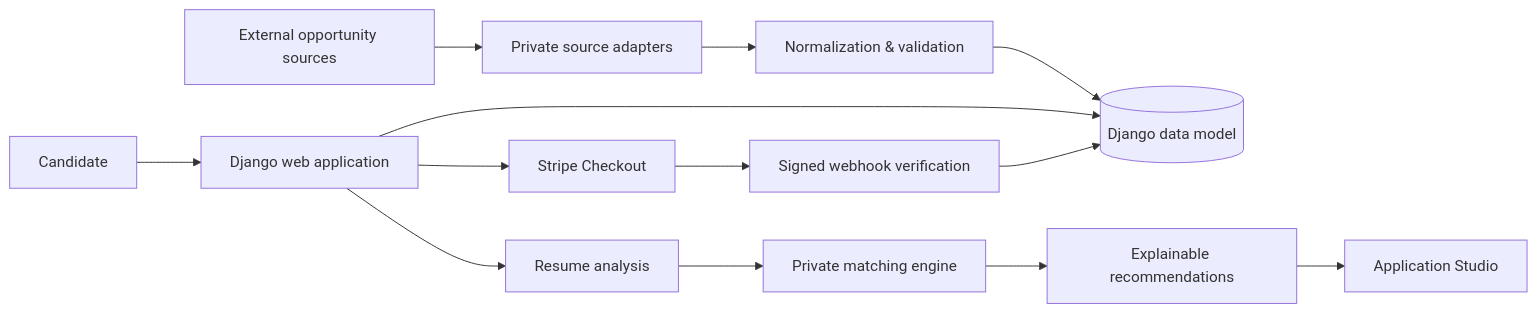
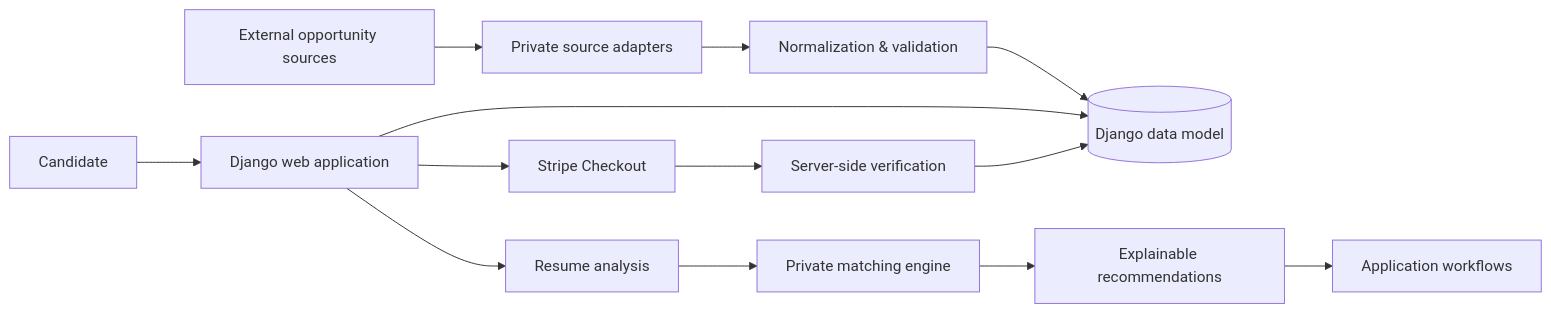
Before and after one commit to AshwinThakoor/jobhunt-mu: the diagram in README.md, drawn with Mermaid. The commit also changed other lines of this file, not shown here.

````diff
--- a/README.md
+++ b/README.md
@@ -42,17 +60,17 @@
 ```mermaid
 flowchart LR
     S[External opportunity sources] --> A[Private source adapters]
     A --> N[Normalization & validation]
     N --> D[(Django data model)]
 
     U[Candidate] --> W[Django web application]
     W --> D
     W --> C[Resume analysis]
     C --> M[Private matching engine]
     M --> R[Explainable recommendations]
-    R --> P[Application Studio]
+    R --> P[Application workflows]
 
     W --> X[Stripe Checkout]
-    X --> H[Signed webhook verification]
+    X --> H[Server-side verification]
     H --> D
 ```
````
